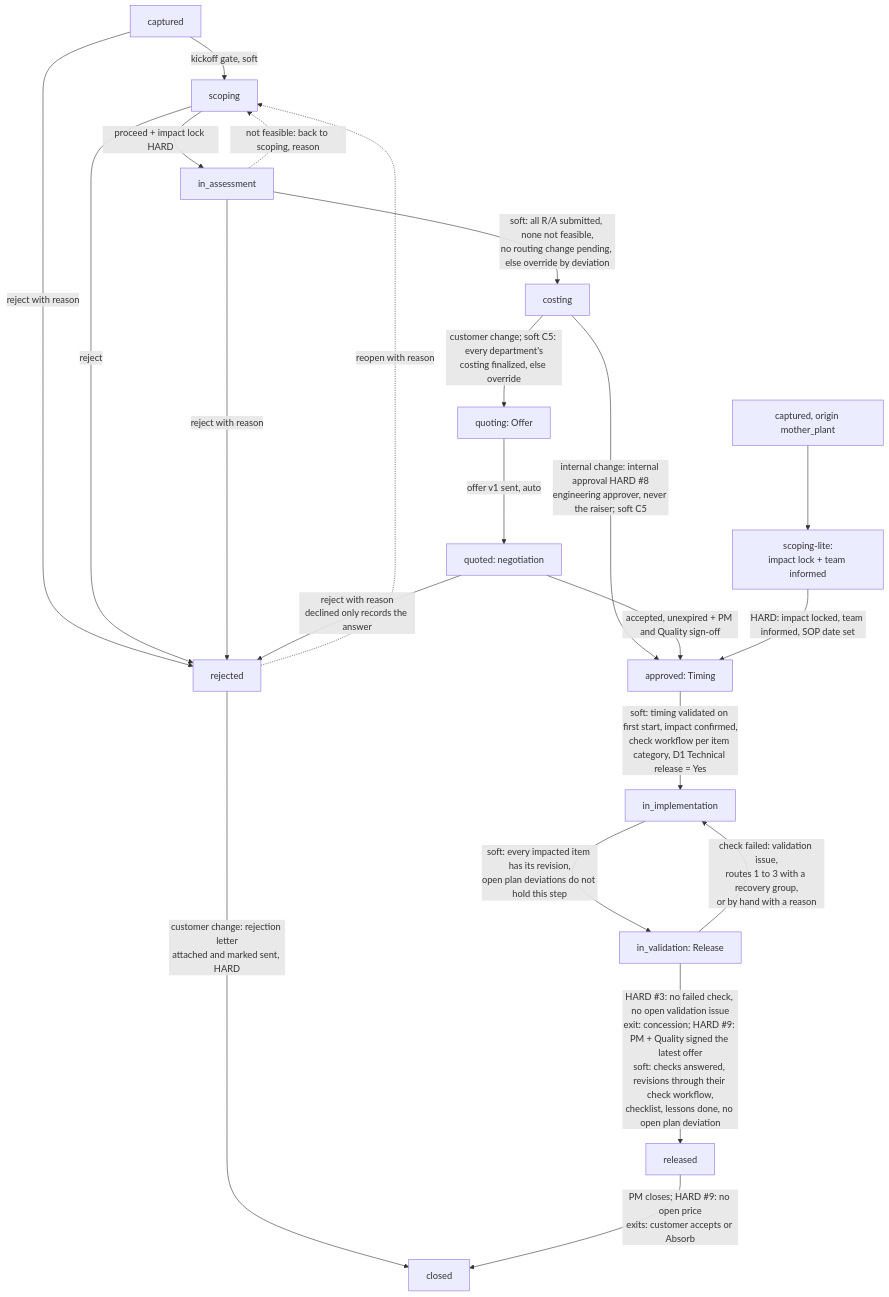
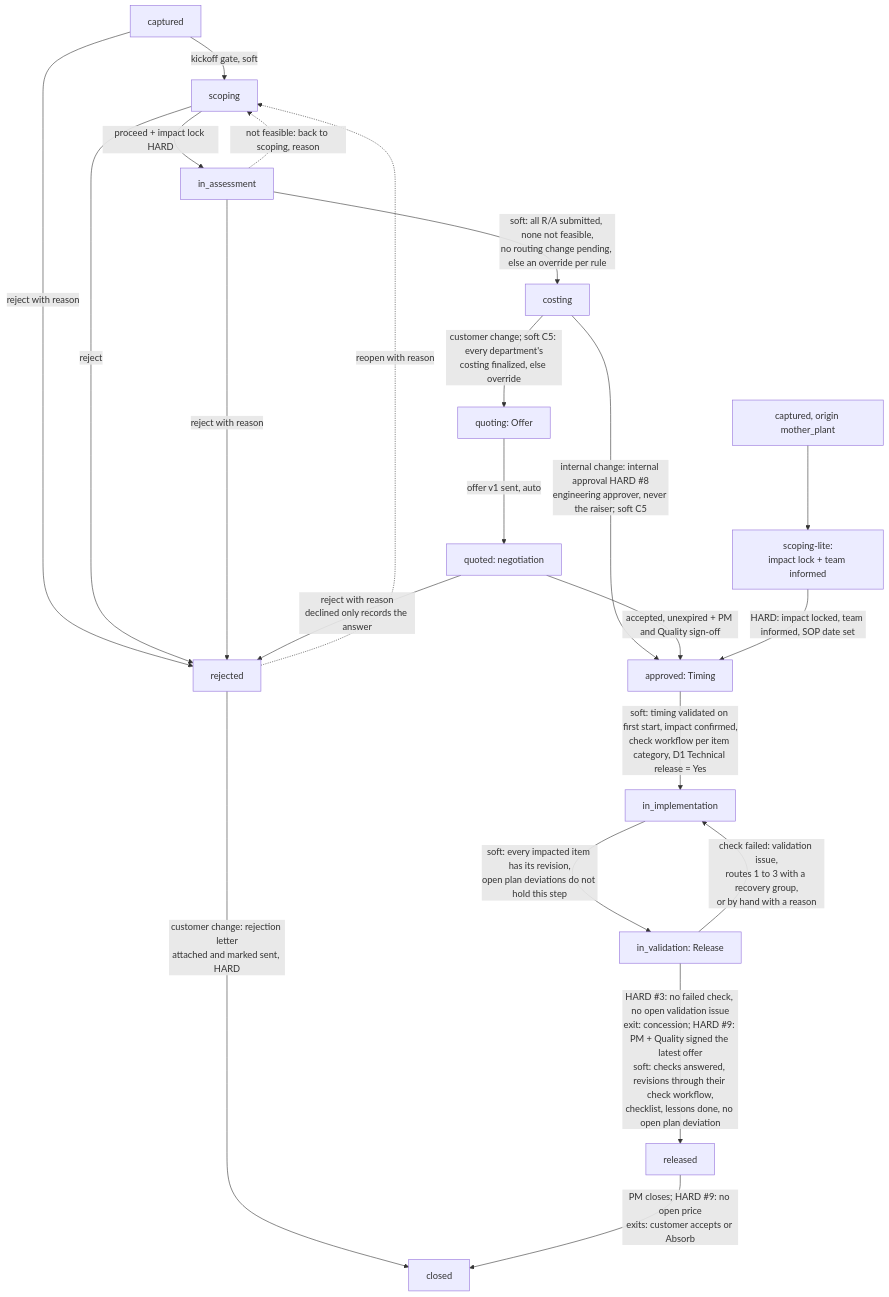
The diagram in docs/CHANGE_MANAGEMENT_FLOW.md (chremmler777/PLM2), drawn with Mermaid before and after one commit. The commit also changed other lines of this file and 26 other files, not shown here.

````diff
--- a/docs/CHANGE_MANAGEMENT_FLOW.md
+++ b/docs/CHANGE_MANAGEMENT_FLOW.md
@@ -45,24 +45,24 @@
 ```mermaid
 flowchart TD
     A[captured] -->|kickoff gate, soft| B[scoping]
     A -->|reject with reason| X[rejected]
     B -->|proceed + impact lock HARD| C[in_assessment]
     B -->|reject| X
     C -->|reject with reason| X
     C -.->|not feasible: back to scoping, reason| B
-    C -->|soft: all R/A submitted, none not feasible,<br/>no routing change pending, else override by deviation| D[costing]
+    C -->|soft: all R/A submitted, none not feasible,<br/>no routing change pending, else an override per rule| D[costing]
     D -->|customer change; soft C5: every department's<br/>costing finalized, else override| E[quoting: Offer]
     D -->|internal change: internal approval HARD #8<br/>engineering approver, never the raiser; soft C5| H
     E -->|offer v1 sent, auto| F[quoted: negotiation]
     F -->|reject with reason<br/>declined only records the answer| X
     X -->|customer change: rejection letter<br/>attached and marked sent, HARD| M
     X -.->|reopen with reason| B
     F -->|accepted, unexpired + PM and Quality sign-off| H[approved: Timing]
     H -->|soft: timing validated on first start, impact confirmed,<br/>check workflow per item category, D1 Technical release = Yes| I[in_implementation]
     I -->|soft: every impacted item has its revision,<br/>open plan deviations do not hold this step| J[in_validation: Release]
     J -->|check failed: validation issue,<br/>routes 1 to 3 with a recovery group,<br/>or by hand with a reason| I
     J -->|HARD #3: no failed check, no open validation issue<br/>exit: concession; HARD #9: PM + Quality signed the latest offer<br/>soft: checks answered, revisions through their check workflow,<br/>checklist, lessons done, no open plan deviation| K[released]
     K -->|PM closes; HARD #9: no open price<br/>exits: customer accepts or Absorb| M[closed]
     MA[captured, origin mother_plant] --> MB[scoping-lite:<br/>impact lock + team informed]
     MB -->|HARD: impact locked, team informed, SOP date set| H
 ```
````
